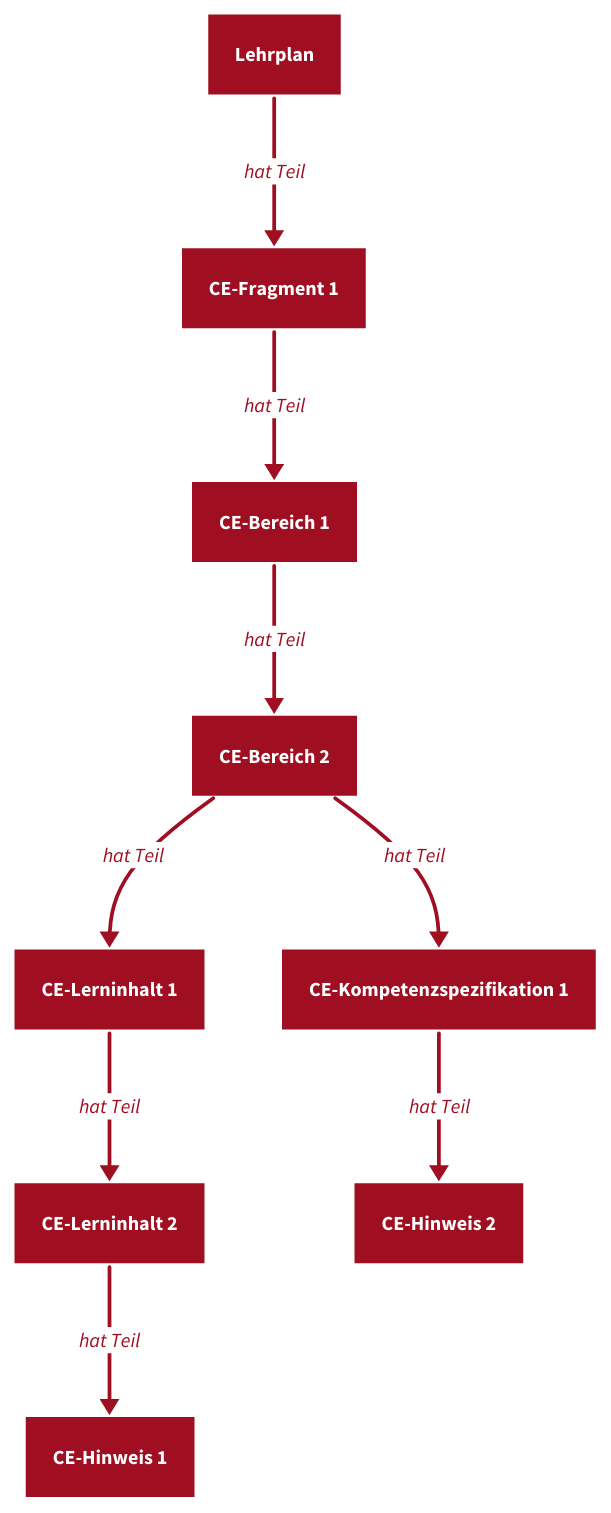
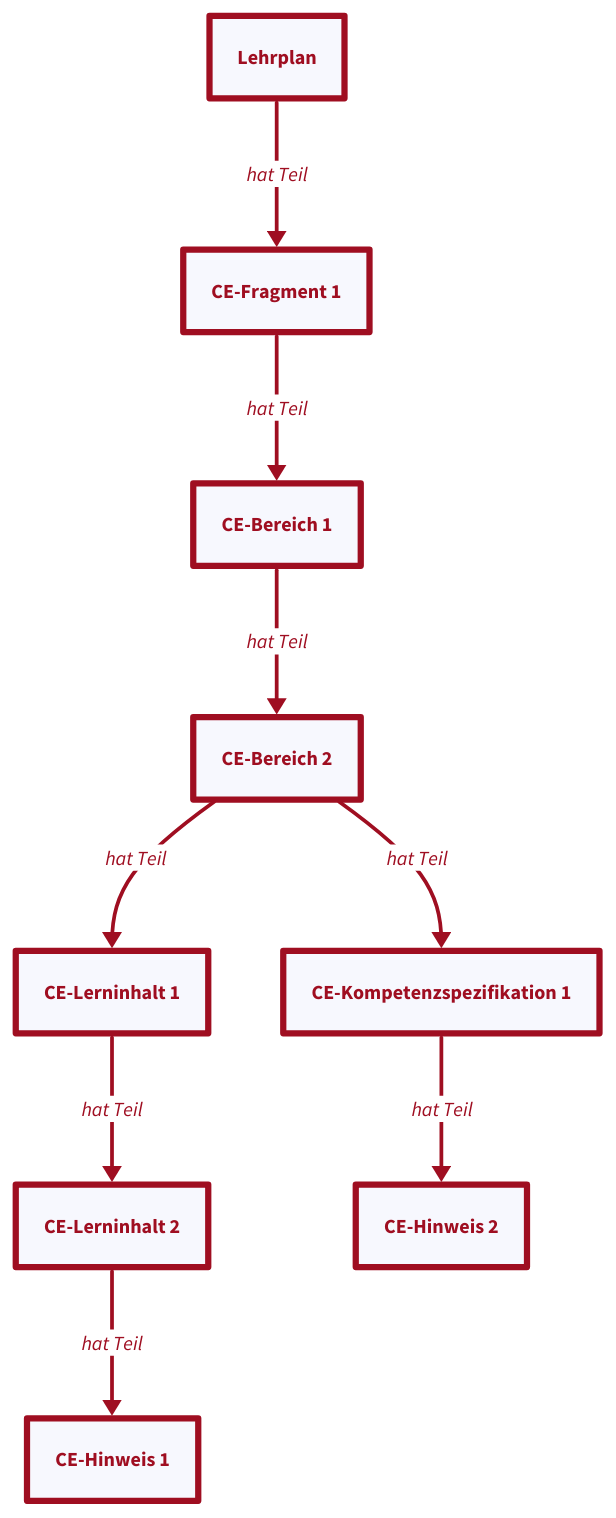
The seventh of 8 diagrams in docs/patterns.md (FWU-DE/lehrplan-ontologie), drawn with D2 before and after one commit. The commit also changed other lines of this file and 4 other files, not shown here.

```diff
--- a/docs/patterns.md
+++ b/docs/patterns.md
@@ -431,82 +916,73 @@
 
 CE-Kompetenzspezifikation 1: {
   style: {
-    font-color: white
-    opacity: 1
-    fill: "#9F0E21"
-    stroke: white
+    stroke: "#9F0E21"
+    stroke-width: 5
+    font-color: "#9F0E21"
   }
 }
 
 CE-Fragment 1: {
   style: {
-    font-color: white
-    opacity: 1
-    fill: "#9F0E21"
-    stroke: white
+    stroke: "#9F0E21"
+    stroke-width: 5
+    font-color: "#9F0E21"
   }
 }
 
 CE-Lerninhalt 1: {
   style: {
-    font-color: white
-    opacity: 1
-    fill: "#9F0E21"
-    stroke: white
+    stroke: "#9F0E21"
+    stroke-width: 5
+    font-color: "#9F0E21"
   }
 }
 
 CE-Lerninhalt 2: {
   style: {
-    font-color: white
-    opacity: 1
-    fill: "#9F0E21"
-    stroke: white
+    stroke: "#9F0E21"
+    stroke-width: 5
+    font-color: "#9F0E21"
   }
 }
 
 CE-Bereich 1: {
   style: {
-    font-color: white
-    opacity: 1
-    fill: "#9F0E21"
-    stroke: white
+    stroke: "#9F0E21"
+    stroke-width: 5
+    font-color: "#9F0E21"
   }
 }
 
 CE-Bereich 2: {
   style: {
-    font-color: white
-    opacity: 1
-    fill: "#9F0E21"
-    stroke: white
+    stroke: "#9F0E21"
+    stroke-width: 5
+    font-color: "#9F0E21"
   }
 }
 
 CE-Hinweis 1: {
   style: {
-    font-color: white
-    opacity: 1
-    fill: "#9F0E21"
-    stroke: white
+    stroke: "#9F0E21"
+    stroke-width: 5
+    font-color: "#9F0E21"
   }
 }
 
 CE-Hinweis 2: {
   style: {
-    font-color: white
-    opacity: 1
-    fill: "#9F0E21"
-    stroke: white
+    stroke: "#9F0E21"
+    stroke-width: 5
+    font-color: "#9F0E21"
   }
 }
 
 Lehrplan: {
   style: {
-    font-color: white
-    opacity: 1
-    fill: "#9F0E21"
-    stroke: white
+    stroke: "#9F0E21"
+    stroke-width: 5
+    font-color: "#9F0E21"
   }
 }
 
```
